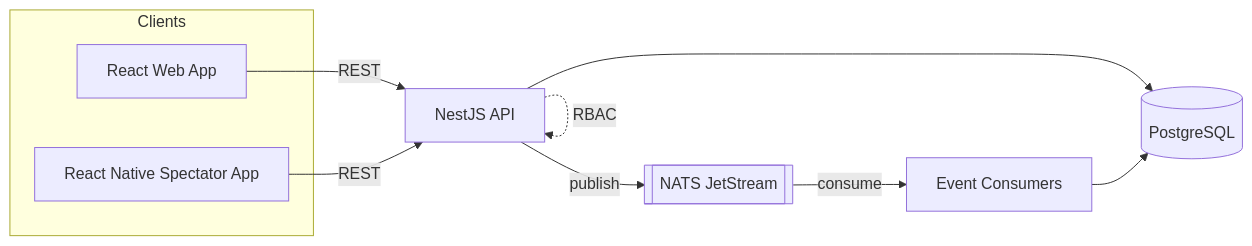
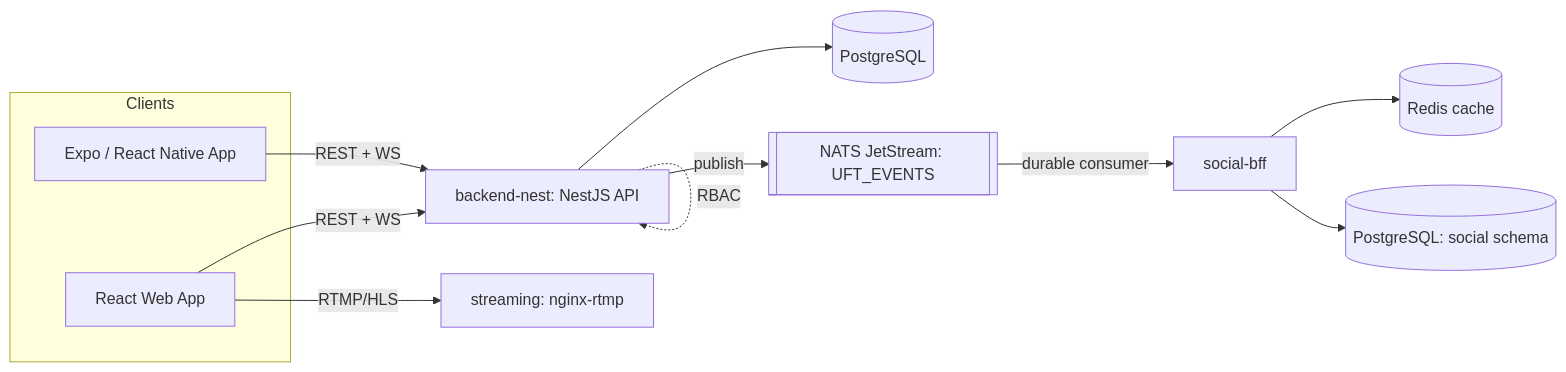
One commit to JJ-Dev18/portafolio2026 changed the first of 3 diagrams in content/en/pages/engineering.mdx. Above: the diagram before and after it, drawn with Mermaid. The commit also changed other lines of this file and 15 other files, not shown here.

````diff
--- a/content/en/pages/engineering.mdx
+++ b/content/en/pages/engineering.mdx
@@ -12,15 +12,17 @@
 ```mermaid
 flowchart LR
   subgraph Clients
     Web[React Web App]
-    Mobile[React Native Spectator App]
+    Mobile[Expo / React Native App]
   end
 
-  Web -->|REST| API[NestJS API]
-  Mobile -->|REST| API
+  Web -->|REST + WS| API[backend-nest: NestJS API]
+  Mobile -->|REST + WS| API
   API --> DB[(PostgreSQL)]
-  API -->|publish| NATS[[NATS JetStream]]
-  NATS -->|consume| Workers[Event Consumers]
-  Workers --> DB
+  API -->|publish| NATS[[NATS JetStream: UFT_EVENTS]]
+  NATS -->|durable consumer| BFF[social-bff]
+  BFF --> Redis[(Redis cache)]
+  BFF --> DB2[(PostgreSQL: social schema)]
+  Web -->|RTMP/HLS| Stream[streaming: nginx-rtmp]
   API -.RBAC.-> API
 ```
````
